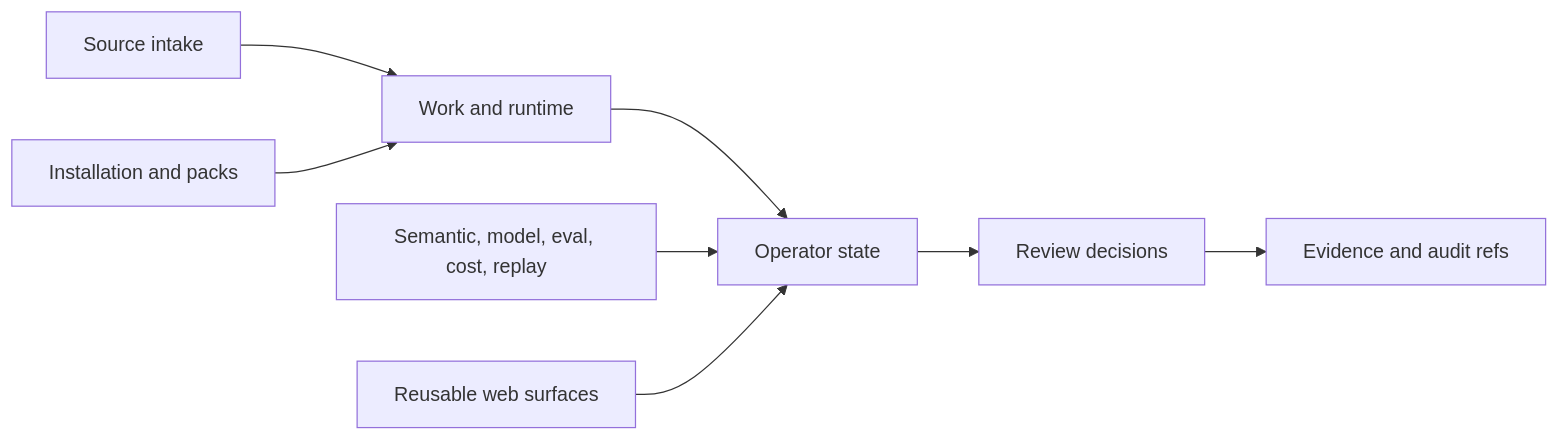
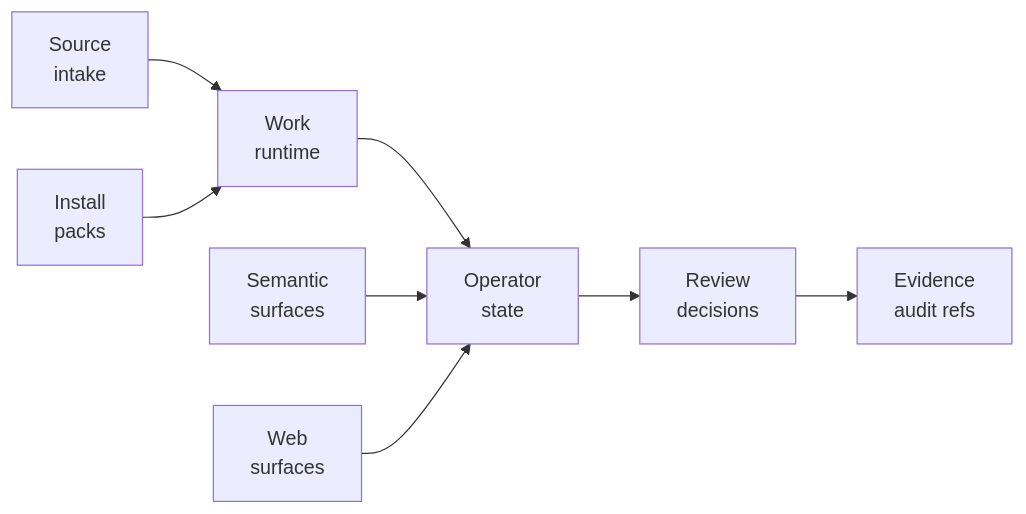
The second of 2 diagrams in README.md (nshkrdotcom/app_kit), drawn with Mermaid before and after one commit. The commit also changed other lines of this file, not shown here.

Commit message:
docs: wrap README Mermaid labels

````diff
--- a/README.md
+++ b/README.md
@@ -146,10 +146,10 @@
 ```mermaid
 flowchart LR
-  Work["Work and runtime"] --> Operator["Operator state"]
-  Operator --> Review["Review decisions"]
-  Review --> Evidence["Evidence and audit refs"]
-  Source["Source intake"] --> Work
-  Install["Installation and packs"] --> Work
-  Semantic["Semantic, model, eval, cost, replay"] --> Operator
-  Web["Reusable web surfaces"] --> Operator
+  Work["Work<br/>runtime"] --> Operator["Operator<br/>state"]
+  Operator --> Review["Review<br/>decisions"]
+  Review --> Evidence["Evidence<br/>audit refs"]
+  Source["Source<br/>intake"] --> Work
+  Install["Install<br/>packs"] --> Work
+  Semantic["Semantic<br/>surfaces"] --> Operator
+  Web["Web<br/>surfaces"] --> Operator
 ```
````
